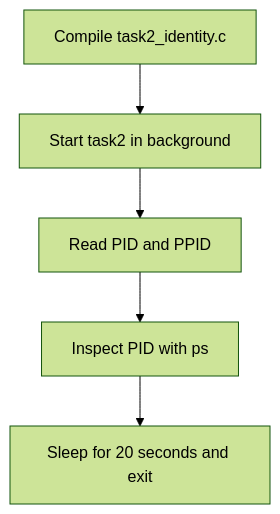
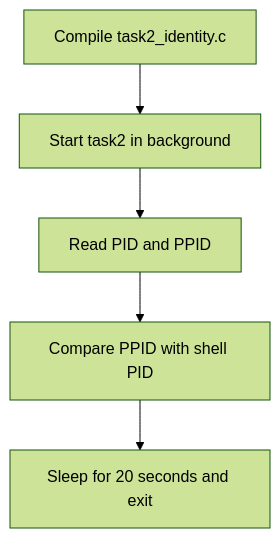
One commit to SantasHelperOwo/250660Atipshrestha-Labs changed the second of 5 diagrams in lab-02/report.md. Above: the diagram before and after it, drawn with Mermaid (forest theme). The commit also changed other lines of this file, not shown here.

````diff
--- a/lab-02/report.md
+++ b/lab-02/report.md
@@ -53,7 +60,7 @@
 ```mermaid
 flowchart TD
     A[Compile task2_identity.c] --> B[Start task2 in background]
     B --> C[Read PID and PPID]
-    C --> D[Inspect PID with ps]
+    C --> D[Compare PPID with shell PID]
     D --> E[Sleep for 20 seconds and exit]
 ```
````
